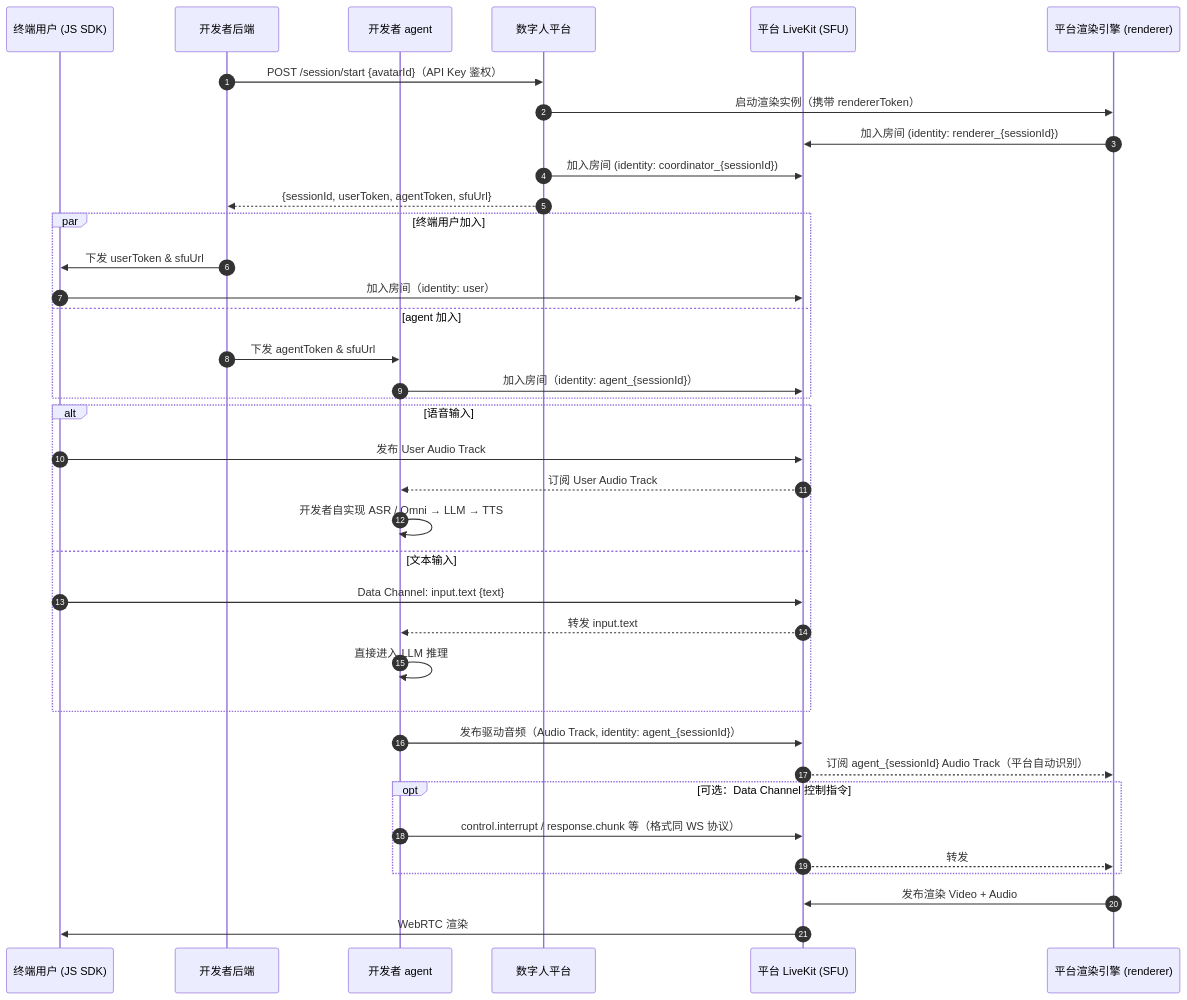
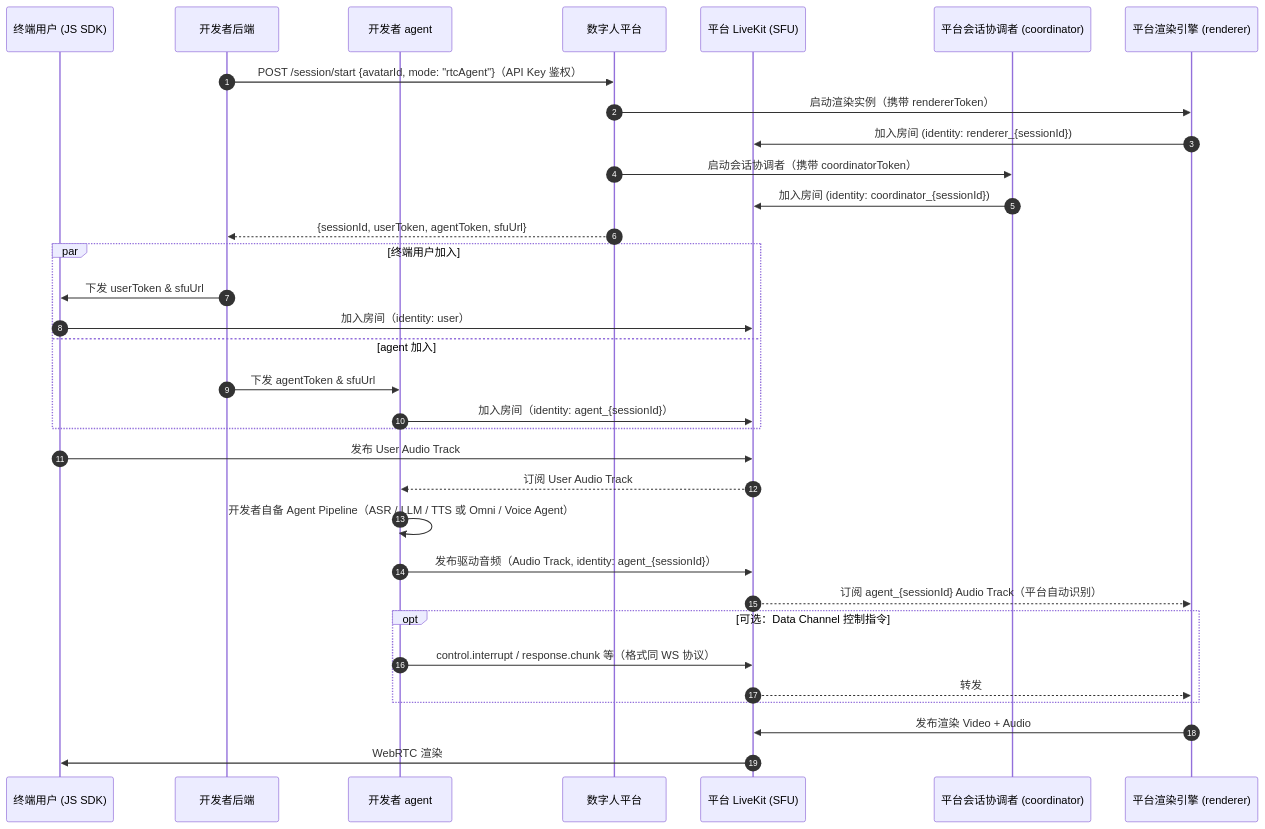
One commit to newportAI-lab/liveavatar-integration-guide changed the second of 3 diagrams in Live Avatar Integration Guide.zh-CN.md. Above: the diagram before and after it, drawn with Mermaid. The commit also changed other lines of this file and 2 other files, not shown here.

````diff
--- a/Live Avatar Integration Guide.zh-CN.md
+++ b/Live Avatar Integration Guide.zh-CN.md
@@ -442,43 +468,39 @@
 ```mermaid
 sequenceDiagram
     autonumber
     participant Client as 终端用户 (JS SDK)
     participant Backend as 开发者后端
     participant Agent as 开发者 agent
     participant Platform as 数字人平台
     participant LiveKit as 平台 LiveKit (SFU)
+    participant Coordinator as 平台会话协调者 (coordinator)
     participant Renderer as 平台渲染引擎 (renderer)
 
-    Backend->>Platform: POST /session/start {avatarId}（API Key 鉴权）
+    Backend->>Platform: POST /session/start {avatarId, mode: "rtcAgent"}（API Key 鉴权）
     Platform->>Renderer: 启动渲染实例（携带 rendererToken）
     Renderer->>LiveKit: 加入房间 (identity: renderer_{sessionId})
-    Platform->>LiveKit: 加入房间 (identity: coordinator_{sessionId})
+    Platform->>Coordinator: 启动会话协调者（携带 coordinatorToken）
+    Coordinator->>LiveKit: 加入房间 (identity: coordinator_{sessionId})
     Platform-->>Backend: {sessionId, userToken, agentToken, sfuUrl}
 
     par 终端用户加入
         Backend->>Client: 下发 userToken & sfuUrl
         Client->>LiveKit: 加入房间（identity: user）
     and agent 加入
         Backend->>Agent: 下发 agentToken & sfuUrl
         Agent->>LiveKit: 加入房间（identity: agent_{sessionId}）
     end
 
-    alt 语音输入
-        Client->>LiveKit: 发布 User Audio Track
-        LiveKit-->>Agent: 订阅 User Audio Track
-        Agent->>Agent: 开发者自实现 ASR / Omni → LLM → TTS
-    else 文本输入
-        Client->>LiveKit: Data Channel: input.text {text}
-        LiveKit-->>Agent: 转发 input.text
-        Agent->>Agent: 直接进入 LLM 推理
-    end
+    Client->>LiveKit: 发布 User Audio Track
+    LiveKit-->>Agent: 订阅 User Audio Track
+    Agent->>Agent: 开发者自备 Agent Pipeline（ASR / LLM / TTS 或 Omni / Voice Agent）
 
     Agent->>LiveKit: 发布驱动音频（Audio Track, identity: agent_{sessionId}）
     LiveKit-->>Renderer: 订阅 agent_{sessionId} Audio Track（平台自动识别）
     opt 可选：Data Channel 控制指令
         Agent->>LiveKit: control.interrupt / response.chunk 等（格式同 WS 协议）
         LiveKit-->>Renderer: 转发
     end
     Renderer->>LiveKit: 发布渲染 Video + Audio
     LiveKit->>Client: WebRTC 渲染
 ```
````
